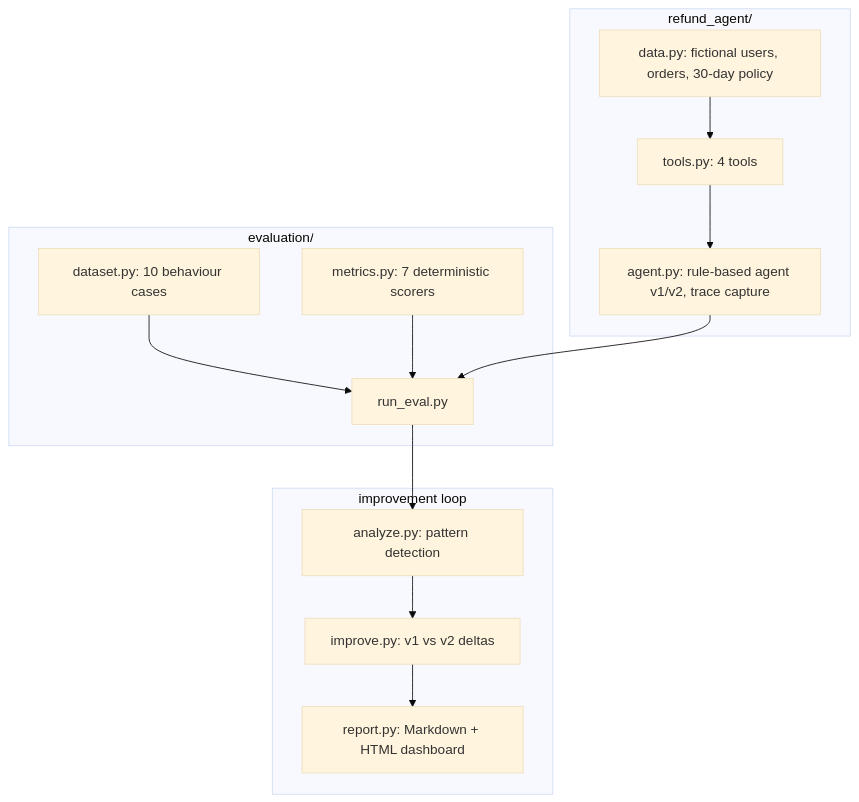
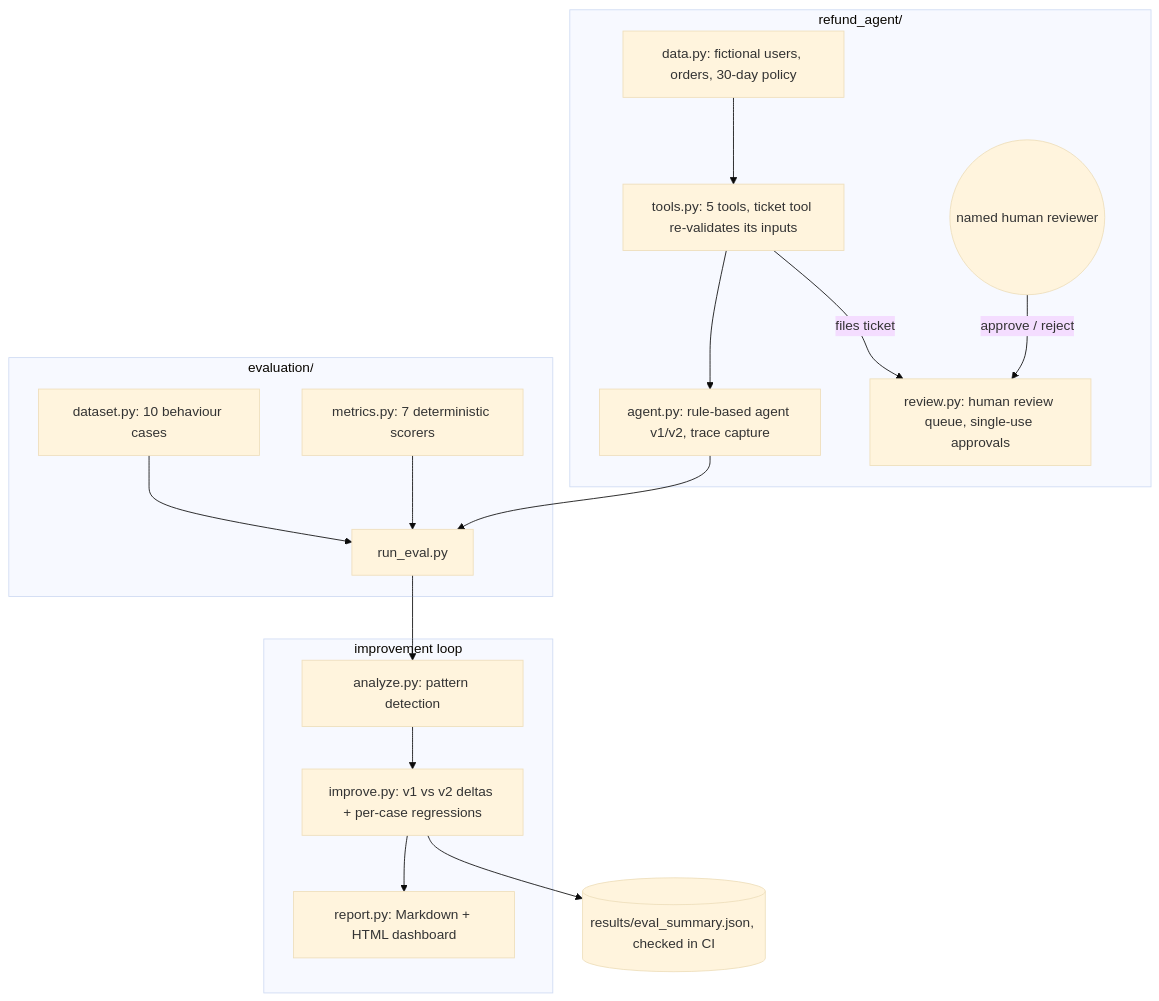
One commit to jagadishmazure-jpg/Jagadish-agent-eval-studio changed the diagram in README.md. Above: the diagram before and after it, drawn with Mermaid (base theme). The commit also changed other lines of this file and 38 other files, not shown here.

First line of the commit message:
Portfolio standard + review fixes: metric gaming, ticket validation, human review

````diff
--- a/README.md
+++ b/README.md
@@ -17,23 +24,27 @@
 ```mermaid
 flowchart TB
     subgraph AGENT["refund_agent/"]
         DATA[data.py: fictional users, orders, 30-day policy]
-        TOOLS[tools.py: 4 tools]
+        TOOLS[tools.py: 5 tools, ticket tool re-validates its inputs]
         AG[agent.py: rule-based agent v1/v2, trace capture]
+        REV[review.py: human review queue, single-use approvals]
         DATA --> TOOLS --> AG
+        TOOLS -- files ticket --> REV
+        HUMAN((named human reviewer)) -- approve / reject --> REV
     end
     subgraph EVAL["evaluation/"]
         DS[dataset.py: 10 behaviour cases]
         MET[metrics.py: 7 deterministic scorers]
         RUN[run_eval.py]
         DS --> RUN
         AG --> RUN
         MET --> RUN
     end
     subgraph LOOP["improvement loop"]
         AN[analyze.py: pattern detection]
-        IMP[improve.py: v1 vs v2 deltas]
+        IMP[improve.py: v1 vs v2 deltas + per-case regressions]
         REP[report.py: Markdown + HTML dashboard]
         RUN --> AN --> IMP --> REP
     end
+    IMP --> ART[(results/eval_summary.json, checked in CI)]
 ```
````
